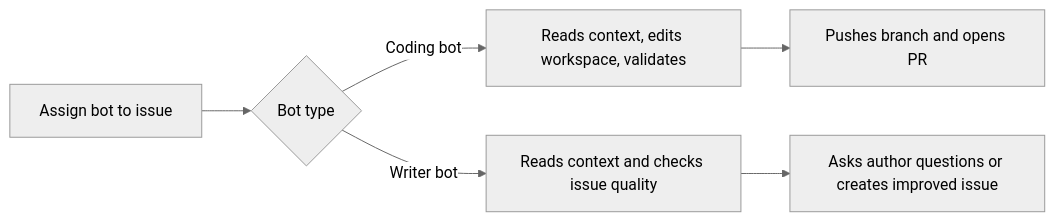
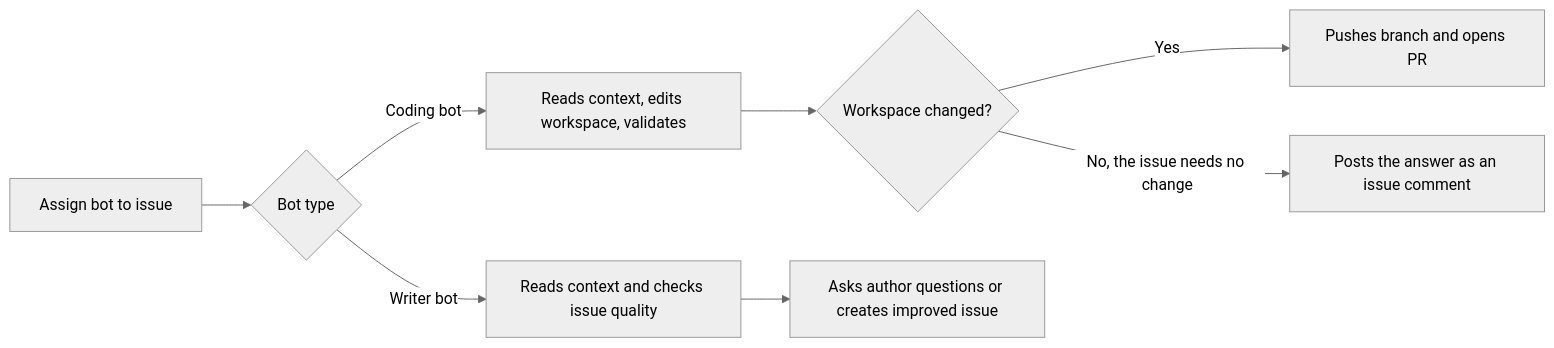
One commit to tmseidel/ai-git-bot changed the diagram in doc/AGENT.md. Above: the diagram before and after it, drawn with Mermaid (neutral theme). The commit also changed other lines of this file and 15 other files, not shown here.

````diff
--- a/doc/AGENT.md
+++ b/doc/AGENT.md
@@ -22,8 +22,10 @@
 ```mermaid
 flowchart LR
     A[Assign bot to issue] --> B{Bot type}
     B -->|Coding bot| C[Reads context, edits workspace, validates]
-    C --> D[Pushes branch and opens PR]
-    B -->|Writer bot| E[Reads context and checks issue quality]
-    E --> F[Asks author questions or creates improved issue]
+    C --> D{Workspace changed?}
+    D -->|Yes| E[Pushes branch and opens PR]
+    D -->|No, the issue needs no change| F[Posts the answer as an issue comment]
+    B -->|Writer bot| G[Reads context and checks issue quality]
+    G --> H[Asks author questions or creates improved issue]
 ```
````
